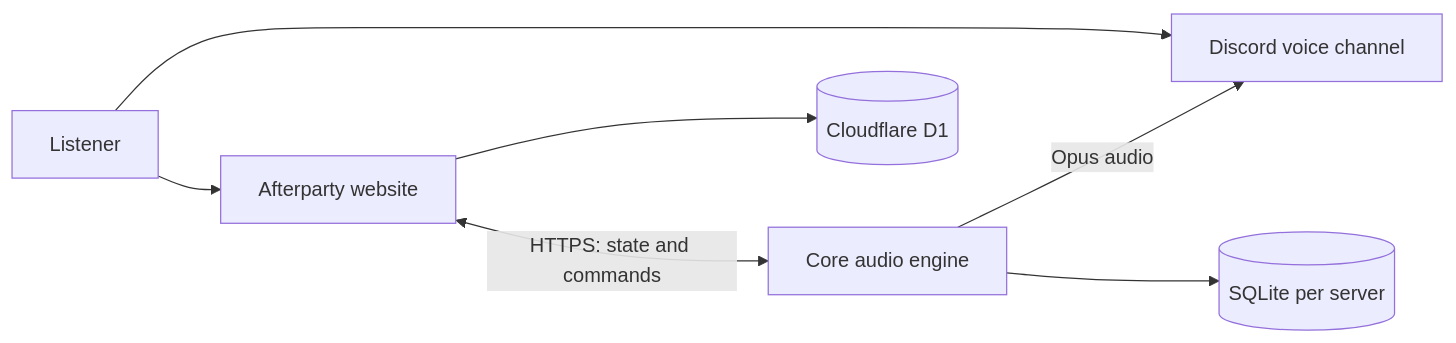
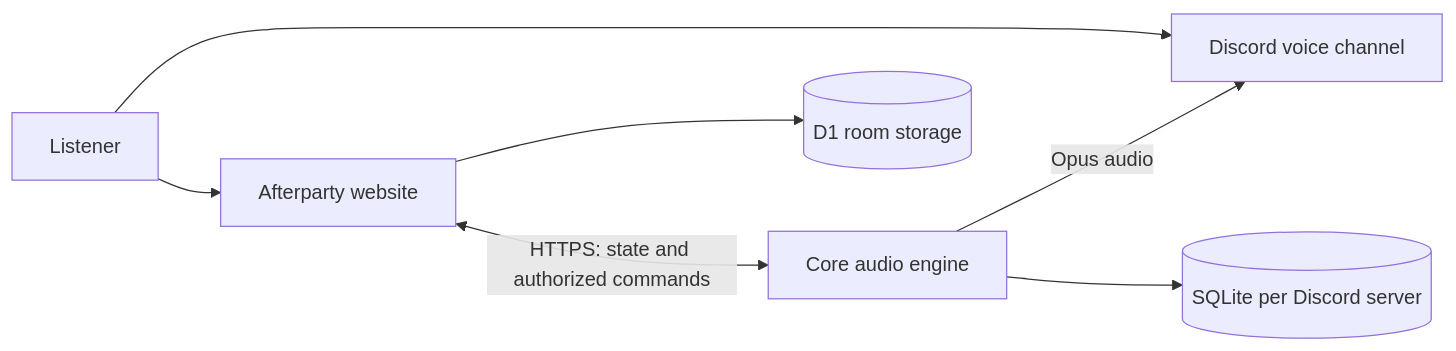
Before and after one commit to lukasvri/Afterparty-MusicBot: the diagram in README.md, drawn with Mermaid. The commit also changed other lines of this file and 25 other files, not shown here.

````diff
--- a/README.md
+++ b/README.md
@@ -90,9 +78,9 @@
 ```mermaid
 flowchart LR
-    User[Listener] --> Discord[Discord voice channel]
-    User --> Web[Afterparty website]
-    Web <-->|HTTPS: state and commands| Core[Core audio engine]
-    Core -->|Opus audio| Discord
-    Core --> SQLite[(SQLite per server)]
-    Web --> D1[(Cloudflare D1)]
+    Listener[Listener] --> Website[Afterparty website]
+    Listener --> Voice[Discord voice channel]
+    Website <-->|HTTPS: state and authorized commands| Core[Core audio engine]
+    Core -->|Opus audio| Voice
+    Core --> Guilds[(SQLite per Discord server)]
+    Website --> Rooms[(D1 room storage)]
 ```
````
